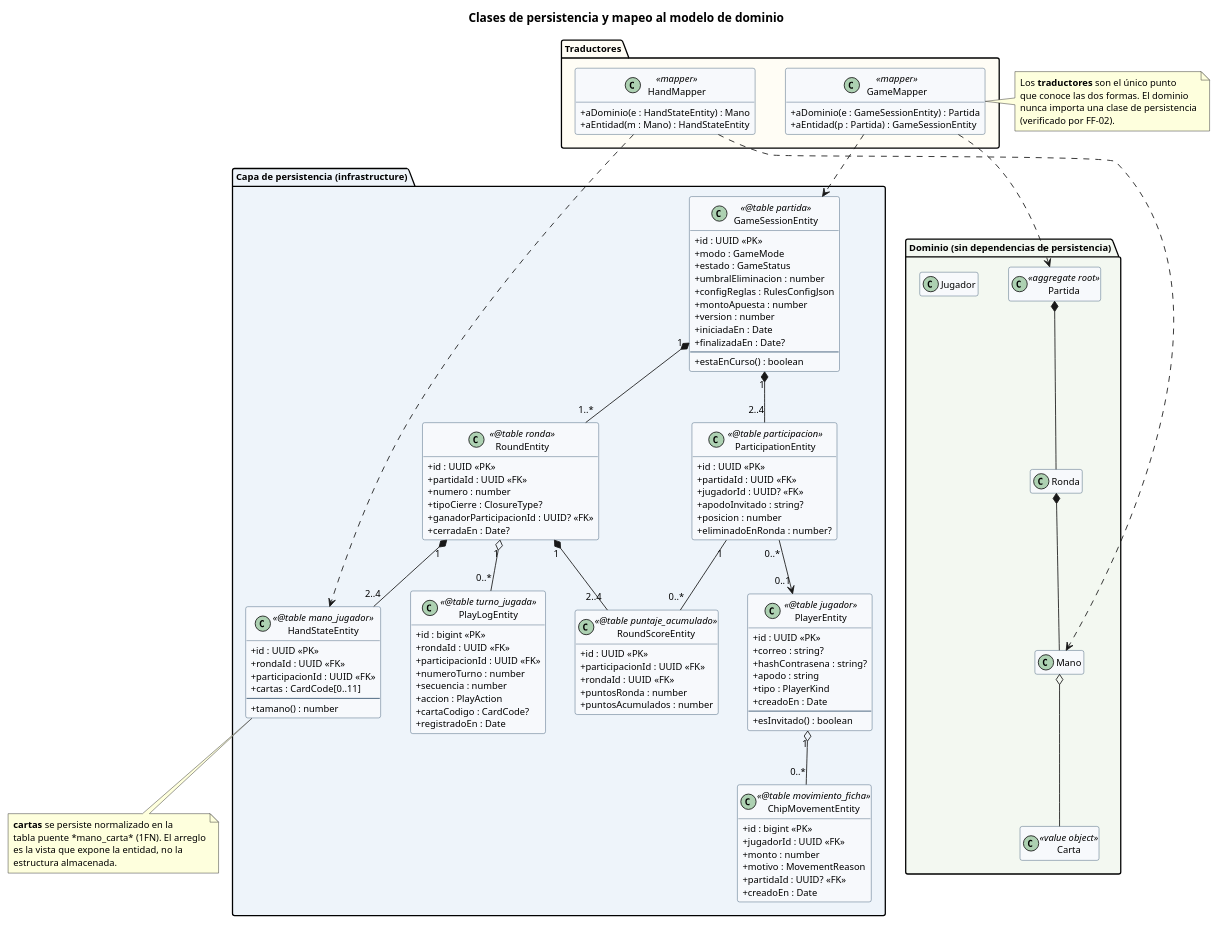
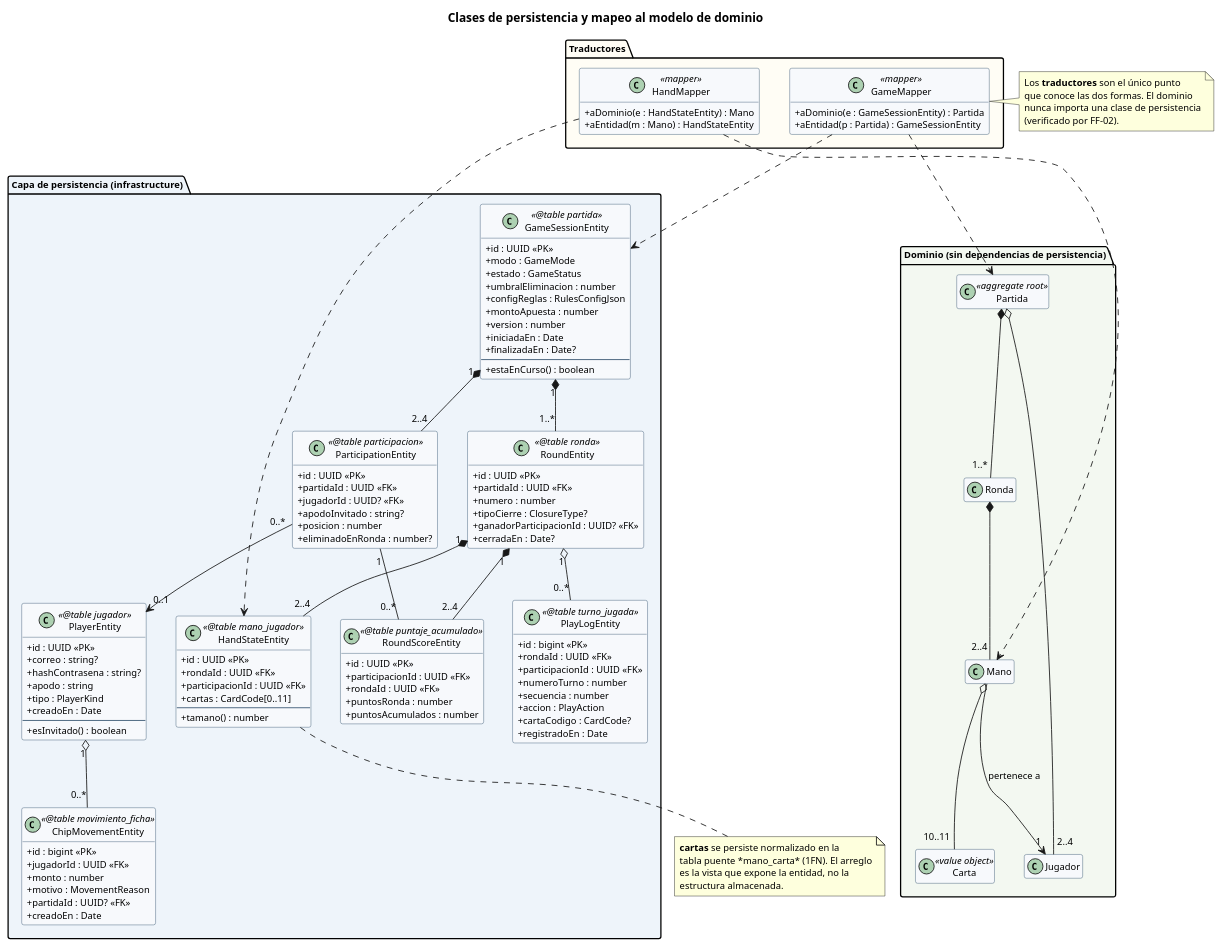
Before and after one commit to Dev-Mao/apuntado: the diagram in models/uml/clases-persistencia.puml, drawn with PlantUML. The commit also changed 2 other files, not shown here.

Commit message:
fix(models): connect Jugador in the persistence class diagram
Jugador had no relations in the domain box. Add Partida aggregates Jugador
and Mano belongs to Jugador, plus multiplicities on the other associations.

```diff
--- a/models/uml/clases-persistencia.puml
+++ b/models/uml/clases-persistencia.puml
@@ -1,149 +1,151 @@
 @startuml clases-persistencia
 ' Entregable 2 · §2.3 — Clases de entidad (persistencia) y su mapeo al esquema relacional
 
 title Clases de persistencia y mapeo al modelo de dominio
 
 skinparam shadowing false
 skinparam classAttributeIconSize 0
 skinparam defaultFontSize 11
 skinparam class {
   BackgroundColor #F7F9FC
   BorderColor #33526E
 }
 hide empty members
 
 package "Capa de persistencia (infrastructure)" #EEF4FA {
 
   class PlayerEntity <<@table jugador>> {
     + id : UUID <<PK>>
     + correo : string?
     + hashContrasena : string?
     + apodo : string
     + tipo : PlayerKind
     + creadoEn : Date
     --
     + esInvitado() : boolean
   }
 
   class GameSessionEntity <<@table partida>> {
     + id : UUID <<PK>>
     + modo : GameMode
     + estado : GameStatus
     + umbralEliminacion : number
     + configReglas : RulesConfigJson
     + montoApuesta : number
     + version : number
     + iniciadaEn : Date
     + finalizadaEn : Date?
     --
     + estaEnCurso() : boolean
   }
 
   class ParticipationEntity <<@table participacion>> {
     + id : UUID <<PK>>
     + partidaId : UUID <<FK>>
     + jugadorId : UUID? <<FK>>
     + apodoInvitado : string?
     + posicion : number
     + eliminadoEnRonda : number?
   }
 
   class RoundEntity <<@table ronda>> {
     + id : UUID <<PK>>
     + partidaId : UUID <<FK>>
     + numero : number
     + tipoCierre : ClosureType?
     + ganadorParticipacionId : UUID? <<FK>>
     + cerradaEn : Date?
   }
 
   class HandStateEntity <<@table mano_jugador>> {
     + id : UUID <<PK>>
     + rondaId : UUID <<FK>>
     + participacionId : UUID <<FK>>
     + cartas : CardCode[0..11]
     --
     + tamano() : number
   }
 
   class PlayLogEntity <<@table turno_jugada>> {
     + id : bigint <<PK>>
     + rondaId : UUID <<FK>>
     + participacionId : UUID <<FK>>
     + numeroTurno : number
     + secuencia : number
     + accion : PlayAction
     + cartaCodigo : CardCode?
     + registradoEn : Date
   }
 
   class RoundScoreEntity <<@table puntaje_acumulado>> {
     + id : UUID <<PK>>
     + participacionId : UUID <<FK>>
     + rondaId : UUID <<FK>>
     + puntosRonda : number
     + puntosAcumulados : number
   }
 
   class ChipMovementEntity <<@table movimiento_ficha>> {
     + id : bigint <<PK>>
     + jugadorId : UUID <<FK>>
     + monto : number
     + motivo : MovementReason
     + partidaId : UUID? <<FK>>
     + creadoEn : Date
   }
 }
 
 package "Dominio (sin dependencias de persistencia)" #F3F8F1 {
   class Partida <<aggregate root>>
   class Ronda
   class Mano
   class Jugador
   class Carta <<value object>>
 }
 
 package "Traductores" #FFFDF5 {
   class GameMapper <<mapper>> {
     + aDominio(e : GameSessionEntity) : Partida
     + aEntidad(p : Partida) : GameSessionEntity
   }
   class HandMapper <<mapper>> {
     + aDominio(e : HandStateEntity) : Mano
     + aEntidad(m : Mano) : HandStateEntity
   }
 }
 
 GameSessionEntity "1" *-- "1..*" RoundEntity
 GameSessionEntity "1" *-- "2..4" ParticipationEntity
 RoundEntity "1" *-- "2..4" HandStateEntity
 RoundEntity "1" *-- "2..4" RoundScoreEntity
 RoundEntity "1" o-- "0..*" PlayLogEntity
 ParticipationEntity "0..*" --> "0..1" PlayerEntity
 ParticipationEntity "1" -- "0..*" RoundScoreEntity
 PlayerEntity "1" o-- "0..*" ChipMovementEntity
 
 GameMapper ..> GameSessionEntity
 GameMapper ..> Partida
 HandMapper ..> HandStateEntity
 HandMapper ..> Mano
 
-Partida *-- Ronda
-Ronda *-- Mano
-Mano o-- Carta
+Partida *-- "1..*" Ronda
+Partida o-- "2..4" Jugador
+Ronda *-- "2..4" Mano
+Mano --> "1" Jugador : pertenece a
+Mano o-- "10..11" Carta
 
 note right of GameMapper
   Los **traductores** son el único punto
   que conoce las dos formas. El dominio
   nunca importa una clase de persistencia
   (verificado por FF-02).
 end note
 
 note bottom of HandStateEntity
   **cartas** se persiste normalizado en la
   tabla puente *mano_carta* (1FN). El arreglo
   es la vista que expone la entidad, no la
   estructura almacenada.
 end note
 
 @enduml
```
